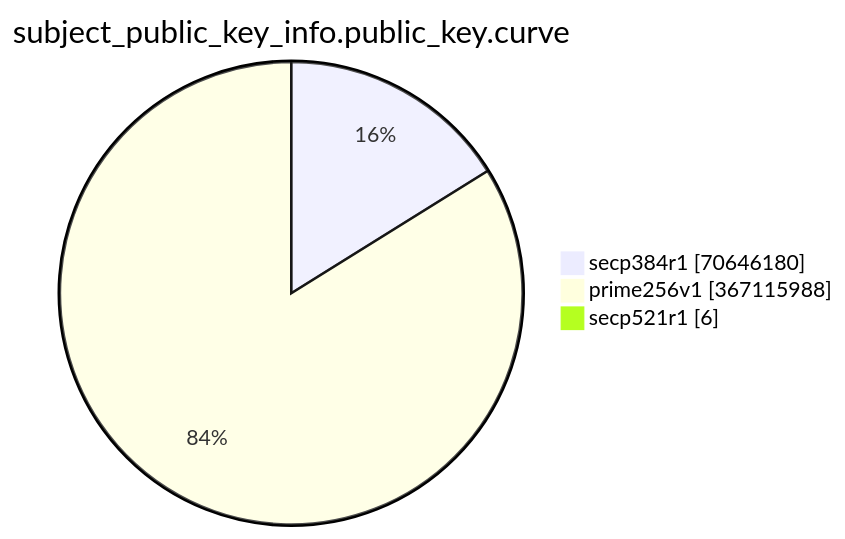
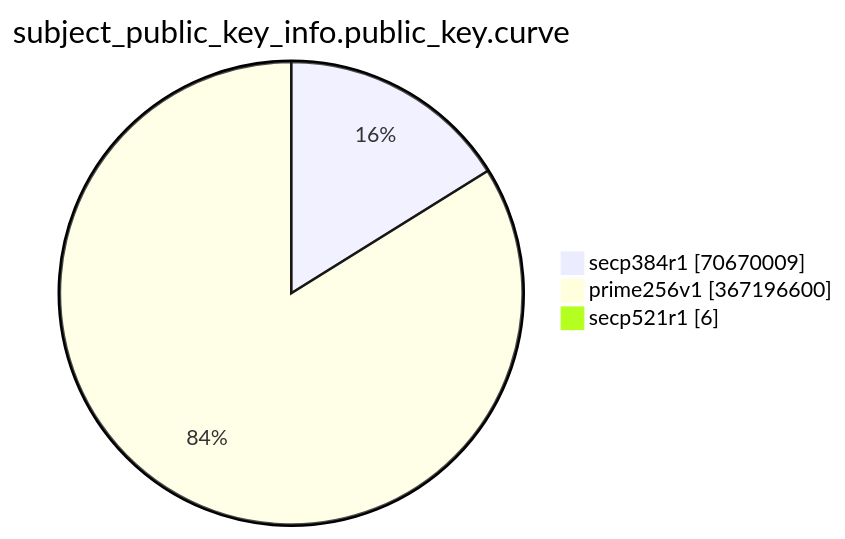
The eighth of 15 diagrams in TOTAL/README.md (christiankrug/ctmonitor_visualization), drawn with Mermaid before and after one commit. The commit also changed other lines of this file, not shown here.

````diff
--- a/TOTAL/README.md
+++ b/TOTAL/README.md
@@ -3094,7 +3094,7 @@
 ```mermaid
 pie showData
 title subject_public_key_info.public_key.curve
-"secp384r1" :70646180
-"prime256v1" :367115988
+"secp384r1" :70670009
+"prime256v1" :367196600
 "secp521r1" :6
 ```
````
